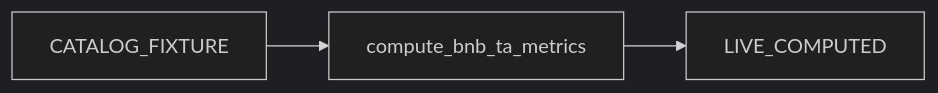
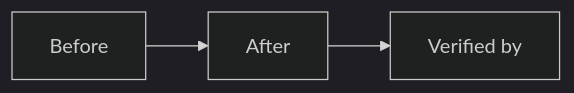
Before and after one commit to hcross/robotrader: the diagram in .sdlc/leaf-bnb-ingestion/merge-dossier.md, drawn with Mermaid (dark theme). The commit also changed other lines of this file and 3 other files, not shown here.

````diff
--- a/.sdlc/leaf-bnb-ingestion/merge-dossier.md
+++ b/.sdlc/leaf-bnb-ingestion/merge-dossier.md
@@ -15,4 +15,4 @@
 ```mermaid
 flowchart LR
-  A["CATALOG_FIXTURE"] --> B["compute_bnb_ta_metrics"] --> C["LIVE_COMPUTED"]
+  A["Before"] --> B["After"] --> C["Verified by"]
 ```
````
